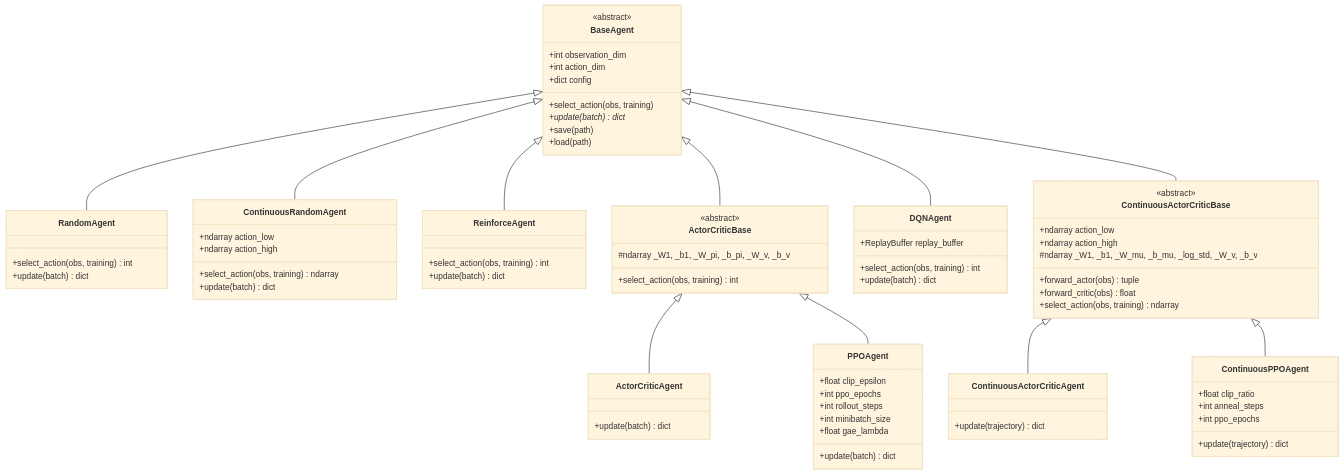
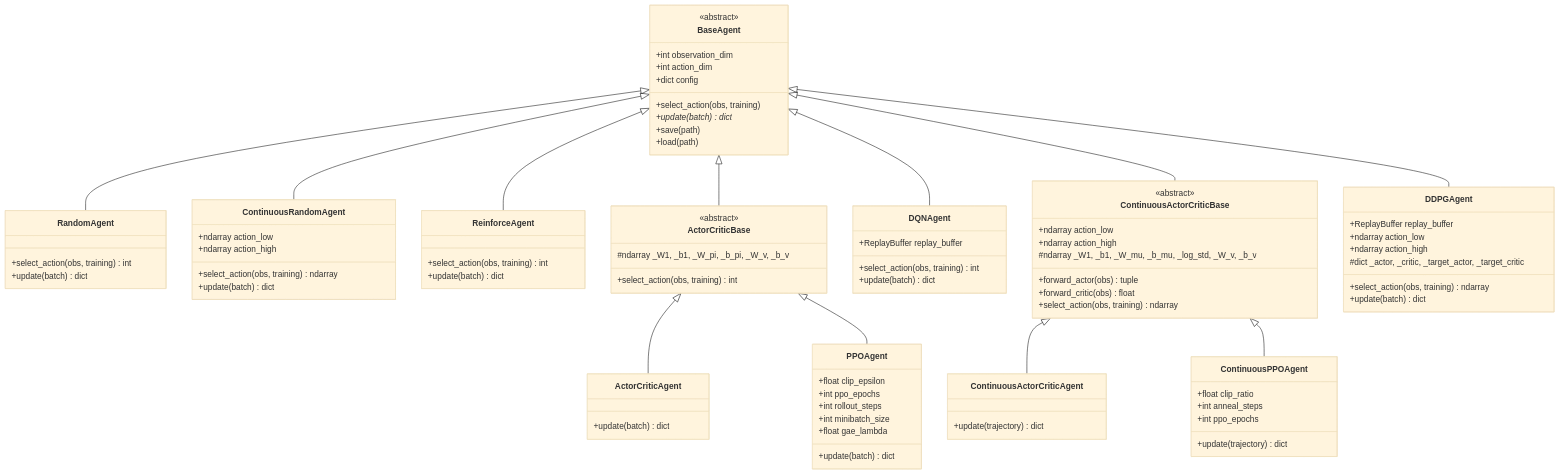
The second of 3 diagrams in ARCHITECTURE.md (andreijw/AI), drawn with Mermaid (base theme) before and after one commit. The commit also changed other lines of this file and 18 other files, not shown here.

Commit message:
feat(agents): DDPGAgent with a shared MLP, shared action bounds and prefixed Adam state

````diff
--- a/ARCHITECTURE.md
+++ b/ARCHITECTURE.md
@@ -191,6 +193,15 @@
         +update(trajectory) dict
     }
 
+    class DDPGAgent {
+        +ReplayBuffer replay_buffer
+        +ndarray action_low
+        +ndarray action_high
+        #dict _actor, _critic, _target_actor, _target_critic
+        +select_action(obs, training) ndarray
+        +update(batch) dict
+    }
+
     BaseAgent <|-- RandomAgent
     BaseAgent <|-- ContinuousRandomAgent
     BaseAgent <|-- ReinforceAgent
@@ -201,4 +212,5 @@
     BaseAgent <|-- ContinuousActorCriticBase
     ContinuousActorCriticBase <|-- ContinuousActorCriticAgent
     ContinuousActorCriticBase <|-- ContinuousPPOAgent
+    BaseAgent <|-- DDPGAgent
 ```
````
